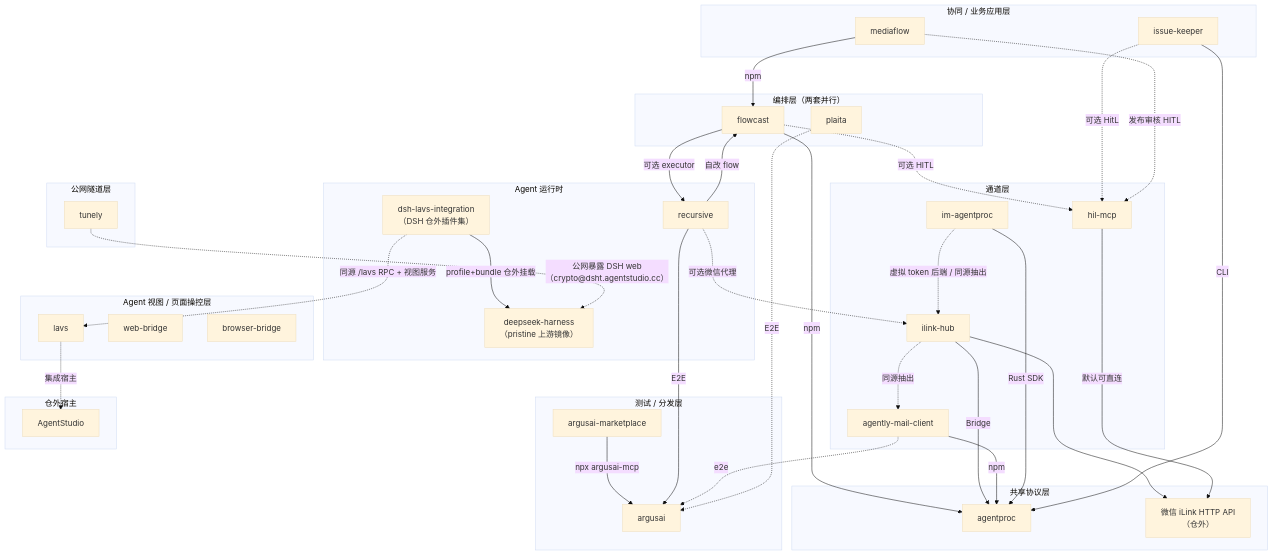
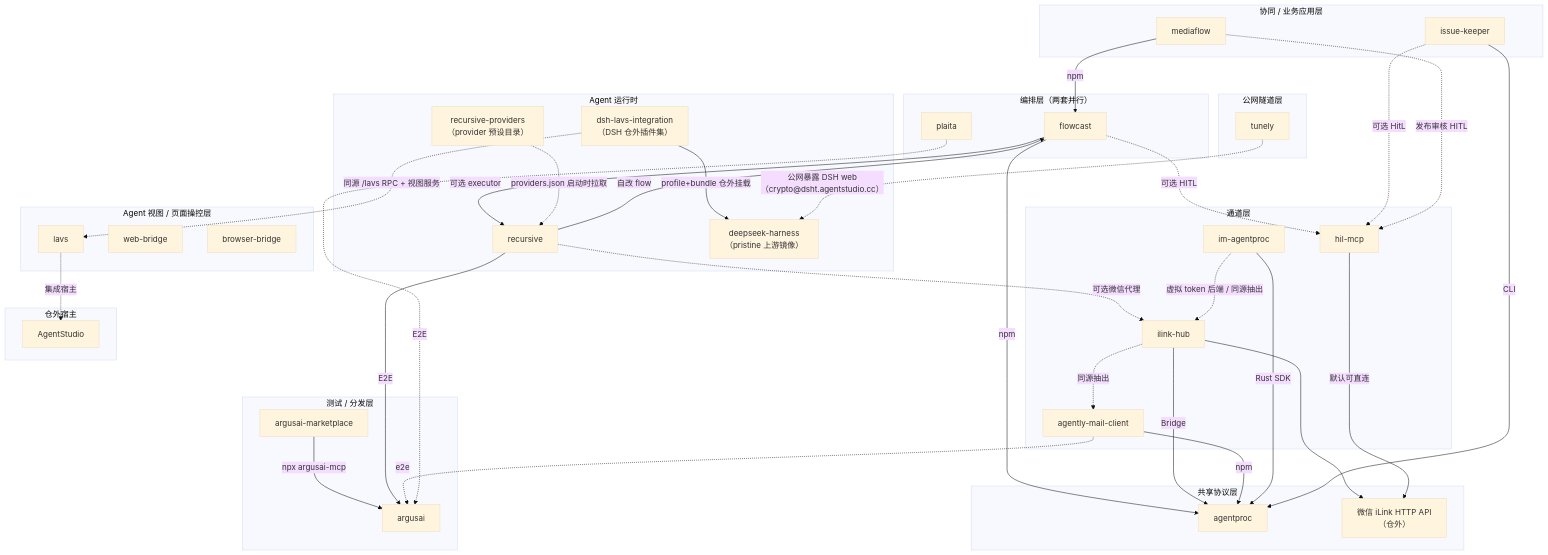
The first of 2 diagrams in docs/ARCHITECTURE.md (jeffkit/infra4agent), drawn with Mermaid (base theme) before and after one commit. The commit also changed other lines of this file and 3 other files, not shown here.

First line of the commit message:
docs(mona): 登记 recursive-providers 第 20 子仓——recursive 的 LLM provider 预设数据仓

````diff
--- a/docs/ARCHITECTURE.md
+++ b/docs/ARCHITECTURE.md
@@ -33,74 +33,76 @@
 ```mermaid
 flowchart TB
   subgraph collab["协同 / 业务应用层"]
     IK["issue-keeper"]
     MF["mediaflow"]
   end
 
   subgraph test["测试 / 分发层"]
     AM["argusai-marketplace"]
     AA["argusai"]
     AM -->|npx argusai-mcp| AA
   end
 
   subgraph ui["Agent 视图 / 页面操控层"]
     LAVS["lavs"]
     WB["web-bridge"]
     BB["browser-bridge"]
   end
 
   subgraph orch["编排层（两套并行）"]
     FC["flowcast"]
     PL["plaita"]
   end
 
   subgraph runtime["Agent 运行时"]
     REC["recursive"]
+    RCP["recursive-providers<br/>（provider 预设目录）"]
     DSH["deepseek-harness<br/>（pristine 上游镜像）"]
     DSLI["dsh-lavs-integration<br/>（DSH 仓外插件集）"]
   end
 
   subgraph channel["通道层"]
     IH["ilink-hub"]
     IMAP["im-agentproc"]
     HITL["hil-mcp"]
     MAIL["agently-mail-client"]
   end
 
   subgraph tunnel["公网隧道层"]
     TN["tunely"]
   end
 
   subgraph shared["共享协议层"]
     AP["agentproc"]
     ILINK["微信 iLink HTTP API<br/>（仓外）"]
   end
 
   subgraph external["仓外宿主"]
     AS["AgentStudio"]
   end
 
   FC -->|npm| AP
   FC -->|可选 executor| REC
+  RCP -.->|providers.json 启动时拉取| REC
   FC -.->|可选 HITL| HITL
   REC -->|自改 flow| FC
   REC -.->|可选微信代理| IH
   REC -->|E2E| AA
   IH -->|Bridge| AP
   IH --> ILINK
   IH -.->|同源抽出| MAIL
   MAIL -->|npm| AP
   IMAP -->|Rust SDK| AP
   IMAP -.->|虚拟 token 后端 / 同源抽出| IH
   HITL -->|默认可直连| ILINK
   IK -->|CLI| AP
   IK -.->|可选 HitL| HITL
   MAIL -.->|e2e| AA
   PL -.->|E2E| AA
   MF -->|npm| FC
   MF -.->|发布审核 HITL| HITL
   DSLI -->|profile+bundle 仓外挂载| DSH
   DSLI -.->|同源 /lavs RPC + 视图服务| LAVS
   TN -.->|公网暴露 DSH web（crypto@dsht.agentstudio.cc）| DSH
   LAVS -.->|集成宿主| AS
 ```
````
